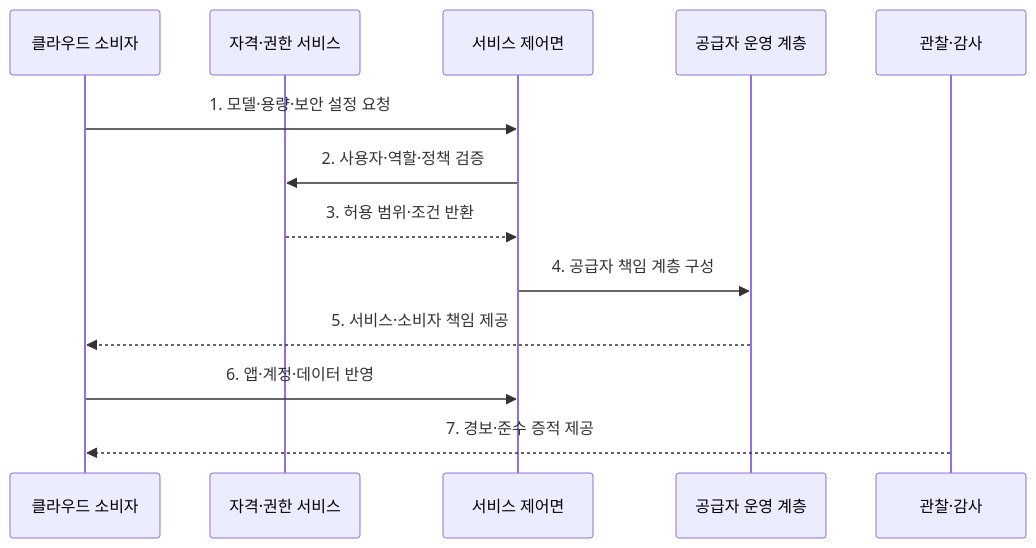
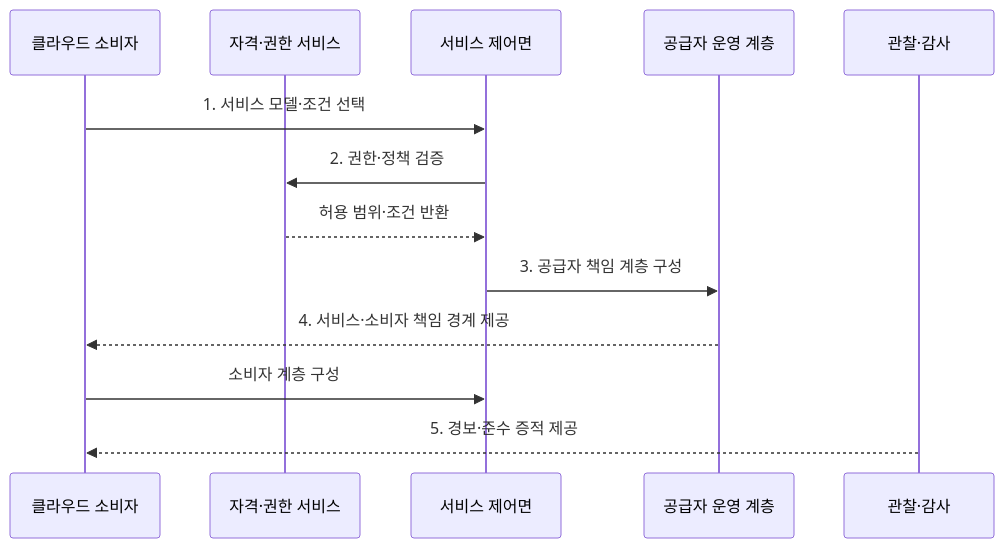
The second of 2 diagrams in src/content/docs/notes/03-software/141_cloud_service_models.md (agnusdei1207/knowledge-base), drawn with Mermaid before and after one commit. The commit also changed other lines of this file and 238 other files, not shown here.

````diff
--- a/src/content/docs/notes/03-software/141_cloud_service_models.md
+++ b/src/content/docs/notes/03-software/141_cloud_service_models.md
@@ -81,15 +81,15 @@
 ```mermaid
 sequenceDiagram
     participant C as 클라우드 소비자
     participant I as 자격·권한 서비스
     participant P as 서비스 제어면
     participant R as 공급자 운영 계층
     participant M as 관찰·감사
-    C->>P: 1. 모델·용량·보안 설정 요청
-    P->>I: 2. 사용자·역할·정책 검증
-    I-->>P: 3. 허용 범위·조건 반환
-    P->>R: 4. 공급자 책임 계층 구성
-    R-->>C: 5. 서비스·소비자 책임 제공
-    C->>P: 6. 앱·계정·데이터 반영
-    M-->>C: 7. 경보·준수 증적 제공
+    C->>P: 1. 서비스 모델·조건 선택
+    P->>I: 2. 권한·정책 검증
+    I-->>P: 허용 범위·조건 반환
+    P->>R: 3. 공급자 책임 계층 구성
+    R-->>C: 4. 서비스·소비자 책임 경계 제공
+    C->>P: 소비자 계층 구성
+    M-->>C: 5. 경보·준수 증적 제공
 ```
````
